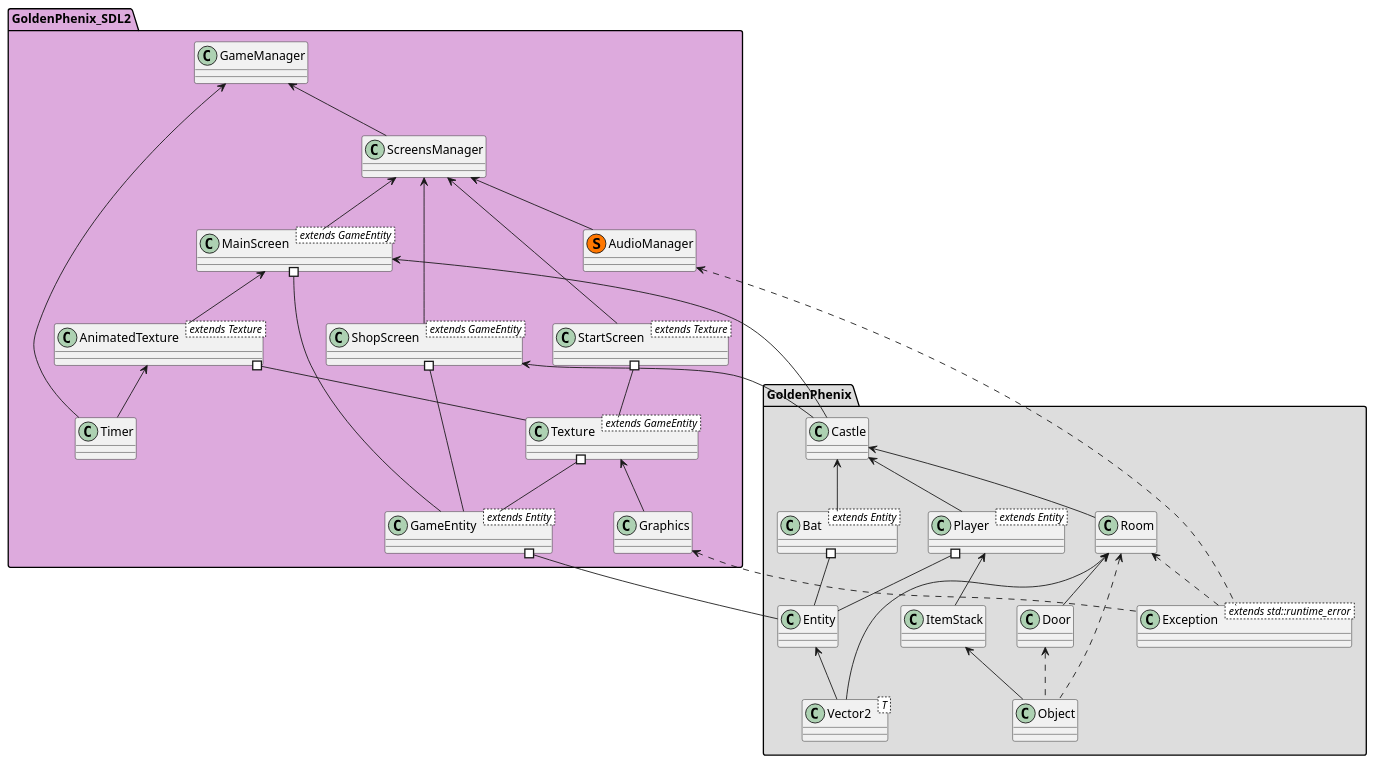
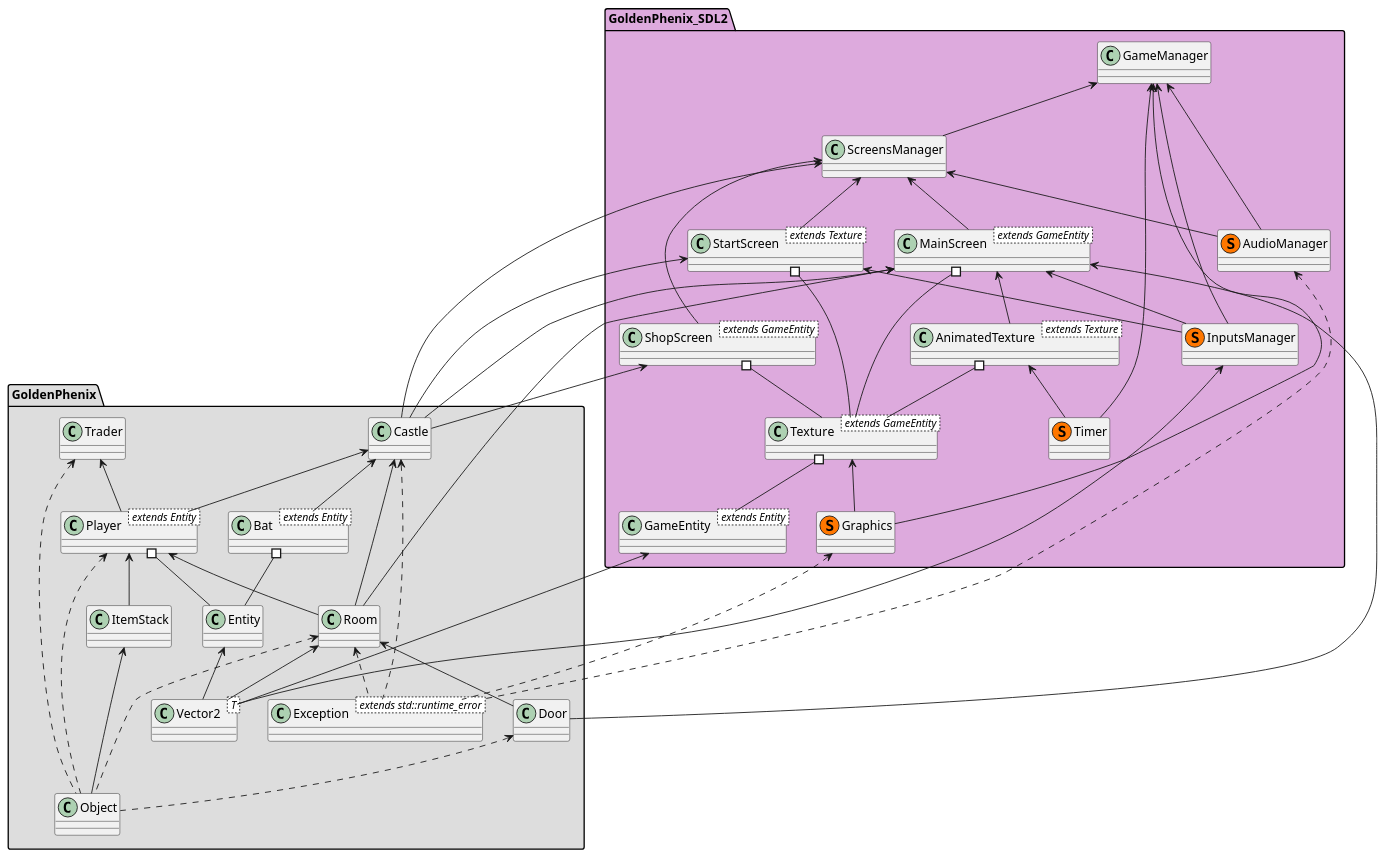
The diagram in doc/diagrams/Class.puml (Serdok/GoldenPhoenix), drawn with PlantUML before and after one commit.

Commit message:
Updated class diagram

```diff
--- a/doc/diagrams/Class.puml
+++ b/doc/diagrams/Class.puml
@@ -1,83 +1,101 @@
 @startuml
 
 package GoldenPhenix #DDDDDD
 {
     Castle <-- Room
     Castle <-- Player
     Castle <-- Bat
+    Castle <.. Exception
 
     Door <.. Object
 
     ItemStack <-- Object
 
     Room <-- Door
     Room <.. Object
     Room <.. Exception
     Room <-- Vector2
 
+    Trader <-- Player
+    Trader <.. Object
+
     Player #-- Entity
     Player <-- ItemStack
+    Player <-- Room
+    Player <.. Object
 
     Bat #-- Entity
 
     Entity <-- Vector2
 
     class Castle
     class Room
     class Player < extends Entity >
     class Bat < extends Entity >
     class Door
     class ItemStack
     class Object
     class Entity
     class Exception< extends std::runtime_error >
     class Vector2< T >
+    class Trader
 }
 
 package "GoldenPhenix_SDL2" #DDAADD
 {
     Graphics <.. Exception
 
     GameManager <-- ScreensManager
+    GameManager <-- Graphics
     GameManager <-- Timer
+    GameManager <-- AudioManager
+    GameManager <-- InputsManager
+
+    InputsManager <-- Vector2
 
     AudioManager <.. Exception
 
     MainScreen <-- Castle
-    MainScreen #-- GameEntity
+    MainScreen #-- Texture
     MainScreen <-- AnimatedTexture
+    MainScreen <-- InputsManager
+    MainScreen <-- Room
+    MainScreen <-- Door
 
-    ShopScreen #-- GameEntity
+    ShopScreen #-- Texture
     ShopScreen <-- Castle
 
     StartScreen #-- Texture
+    StartScreen <-- Castle
+    StartScreen <-- InputsManager
 
     ScreensManager <-- MainScreen
     ScreensManager <-- ShopScreen
     ScreensManager <-- StartScreen
     ScreensManager <-- AudioManager
+    ScreensManager <-- Castle
 
     AnimatedTexture <-- Timer
     AnimatedTexture #-- Texture
 
     Texture #-- GameEntity
     Texture <-- Graphics
 
-    GameEntity #-- Entity
+    GameEntity <-- Vector2
 
 
-
-    class Graphics
+    class Graphics<< (S, #FF7700) >>
     class GameManager
     class AudioManager<< (S, #FF7700) >>
-    class Timer
+    class Timer<< (S, #FF7700) >>
     class MainScreen< extends GameEntity >
     class ScreensManager
     class ShopScreen< extends GameEntity >
     class StartScreen< extends Texture >
     class AnimatedTexture < extends Texture >
     class GameEntity < extends Entity >
     class Texture < extends GameEntity >
+    class InputsManager<< (S, #FF7700) >>
 }
 
 @enduml
```
